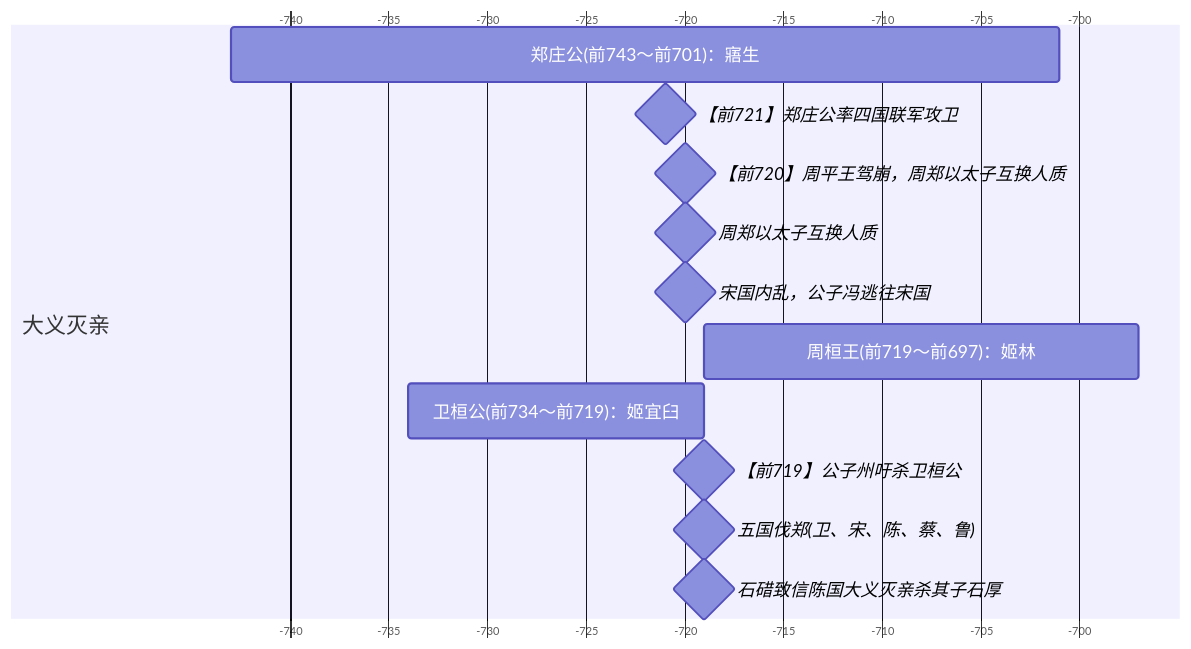
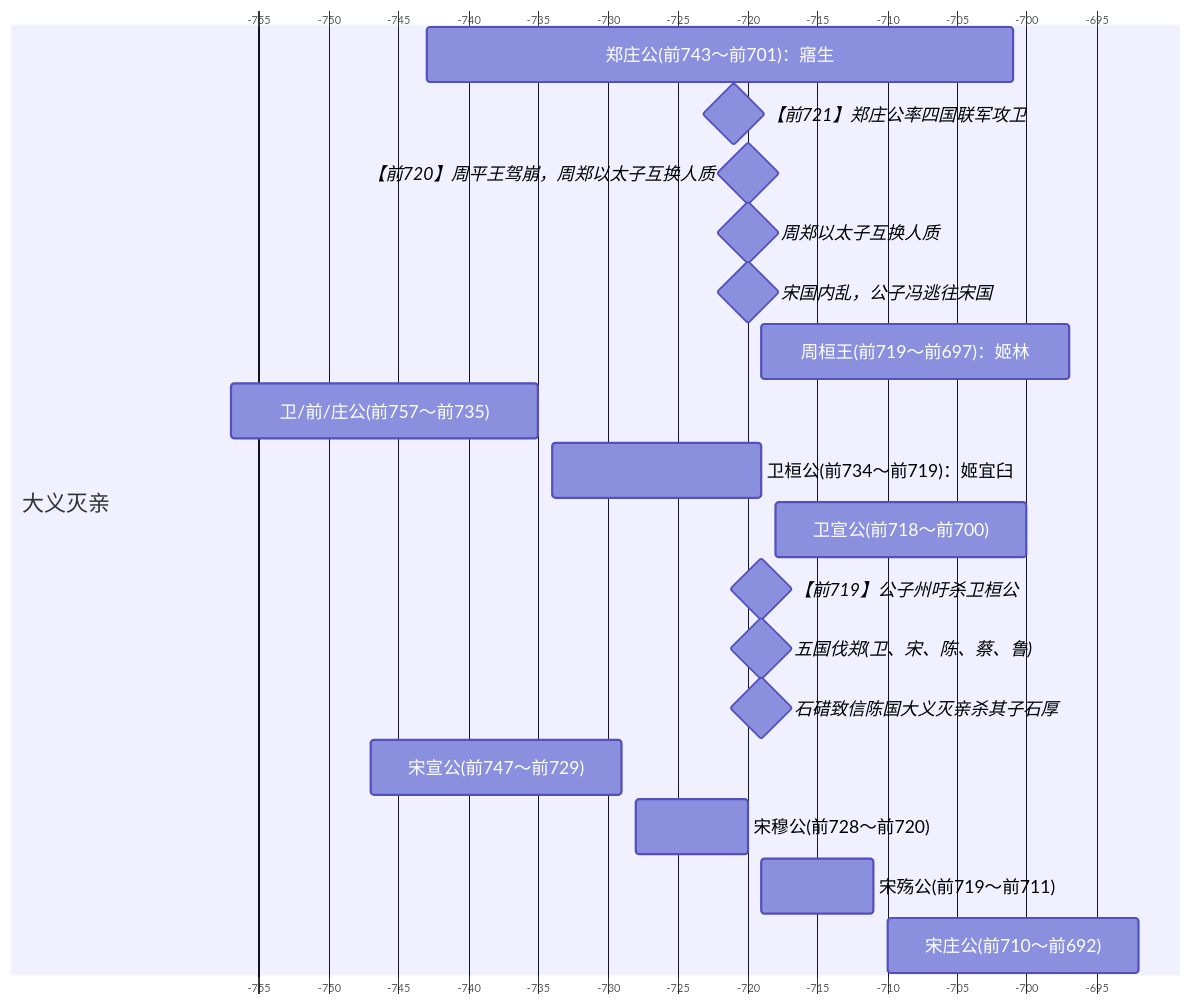
Before and after one commit to tsuyu2016/read: the first of 3 diagrams in 透过地理看历史（春秋篇）03.md, drawn with Mermaid. The commit also changed other lines of this file and 1 other file, not shown here.

````diff
--- a/透过地理看历史（春秋篇）03.md
+++ b/透过地理看历史（春秋篇）03.md
@@ -3,41 +3,48 @@
 ```mermaid
 ---
 config:
   themeCSS: '
     .grid .tick line{stroke:lightgray;stroke-dasharray:3;opacity:1;}
     .grid .tick text{font-size:16px;}
     .grid path {stroke-width: 0;}
   '
   gantt:
     titleTopMargin:
     topPadding:
     gridLineStartPadding: 
     topAxis: true
     barHeight: 50
     rightPadding:
     leftPadding: 200
     fontSize: 16
     sectionFontSize: 20
     numberSectionStyles: 4
     axisFormat: "%Y"
     useMaxWidth:
     weekday:
     barGap:
 ---
 gantt
   dateFormat X
   axisFormat %s
   todayMarker off
 
   section 大义灭亲
   郑庄公(前743～前701)：寤生: -743,-701
   【前721】郑庄公率四国联军攻卫: milestone, -721,
   【前720】周平王驾崩，周郑以太子互换人质: milestone, -720,
   周郑以太子互换人质: milestone, -720,
   宋国内乱，公子冯逃往宋国: milestone, -720,
   周桓王(前719～前697)：姬林: -719,-697
+  卫/前/庄公(前757～前735): -757,-735
   卫桓公(前734～前719)：姬宜臼: -734,-719
+  卫宣公(前718～前700): -718,-700
   【前719】公子州吁杀卫桓公: milestone, -719,
   五国伐郑(卫、宋、陈、蔡、鲁): milestone, -719,
   石碏致信陈国大义灭亲杀其子石厚: milestone, -719,
+  宋宣公(前747～前729): -747,-729
+  宋穆公(前728～前720): -728,-720
+  宋殇公(前719～前711): -719,-711
+  宋庄公(前710～前692): -710,-692
+
 ```
````
